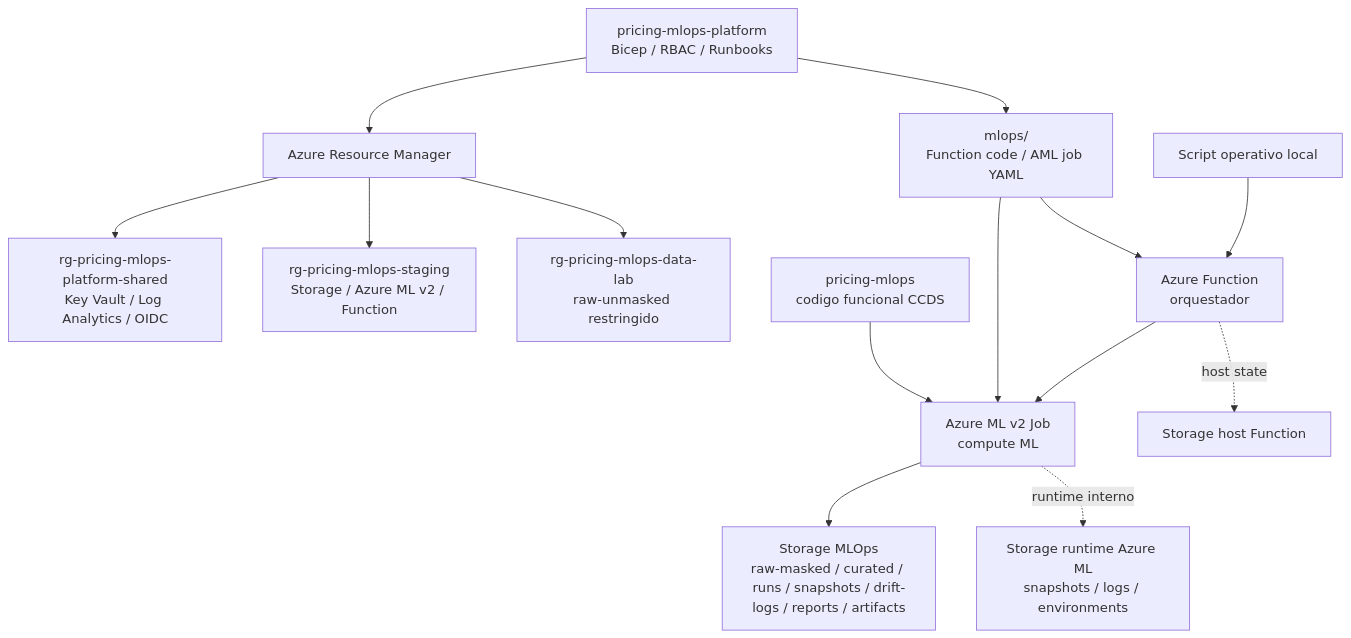
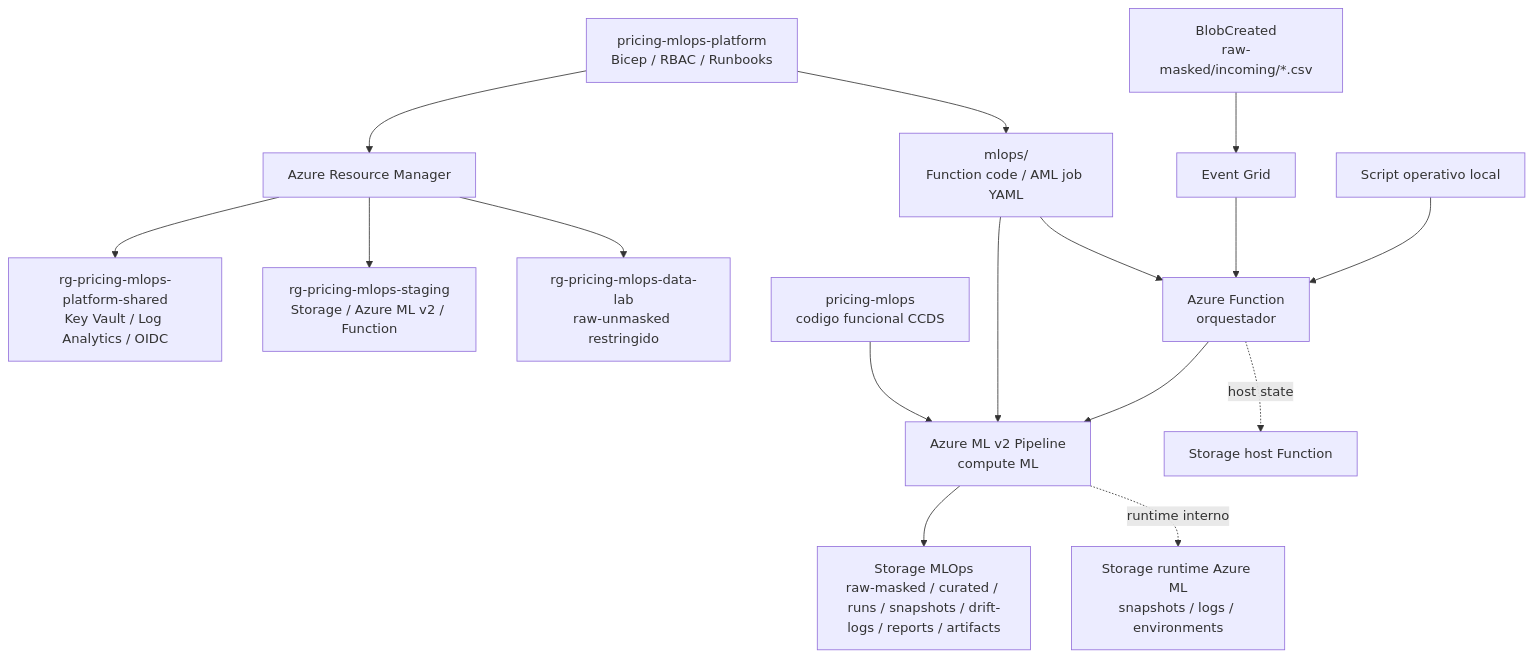
Before and after one commit to tecmx-team46-pricing/pricing-mlops-platform: the diagram in README.md, drawn with Mermaid. The commit also changed other lines of this file and 17 other files, not shown here.

Commit message:
Add event-driven Azure ML pipeline orchestration

````diff
--- a/README.md
+++ b/README.md
@@ -20,17 +27,19 @@
 ```mermaid
 flowchart TD
   Platform["pricing-mlops-platform<br/>Bicep / RBAC / Runbooks"] --> ARM["Azure Resource Manager"]
   ARM --> Shared["rg-pricing-mlops-platform-shared<br/>Key Vault / Log Analytics / OIDC"]
   ARM --> Staging["rg-pricing-mlops-staging<br/>Storage / Azure ML v2 / Function"]
   ARM --> DataLab["rg-pricing-mlops-data-lab<br/>raw-unmasked restringido"]
 
   Operator["Script operativo local"] --> Function["Azure Function<br/>orquestador"]
-  Function --> AML["Azure ML v2 Job<br/>compute ML"]
+  Incoming["BlobCreated<br/>raw-masked/incoming/*.csv"] --> EventGrid["Event Grid"]
+  EventGrid --> Function
+  Function --> AML["Azure ML v2 Pipeline<br/>compute ML"]
   AML --> Storage["Storage MLOps<br/>raw-masked / curated / runs / snapshots / drift-logs / reports / artifacts"]
   AML -. runtime interno .-> AMLRuntime["Storage runtime Azure ML<br/>snapshots / logs / environments"]
   Function -. host state .-> FunctionStorage["Storage host Function"]
   Platform --> Runtime["mlops/<br/>Function code / AML job YAML"]
   Runtime --> Function
   Runtime --> AML
   ModelRepo["pricing-mlops<br/>codigo funcional CCDS"] --> AML
 ```
````
